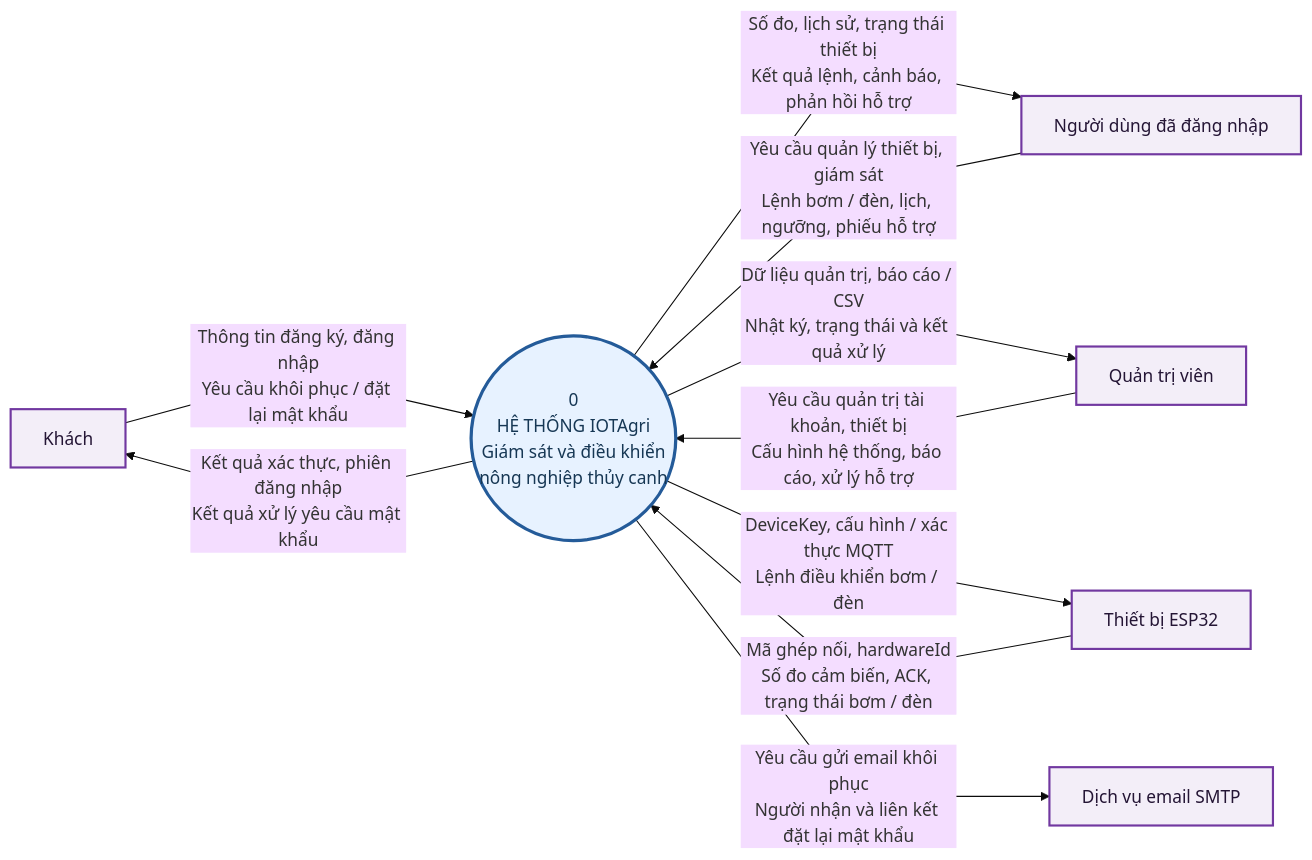
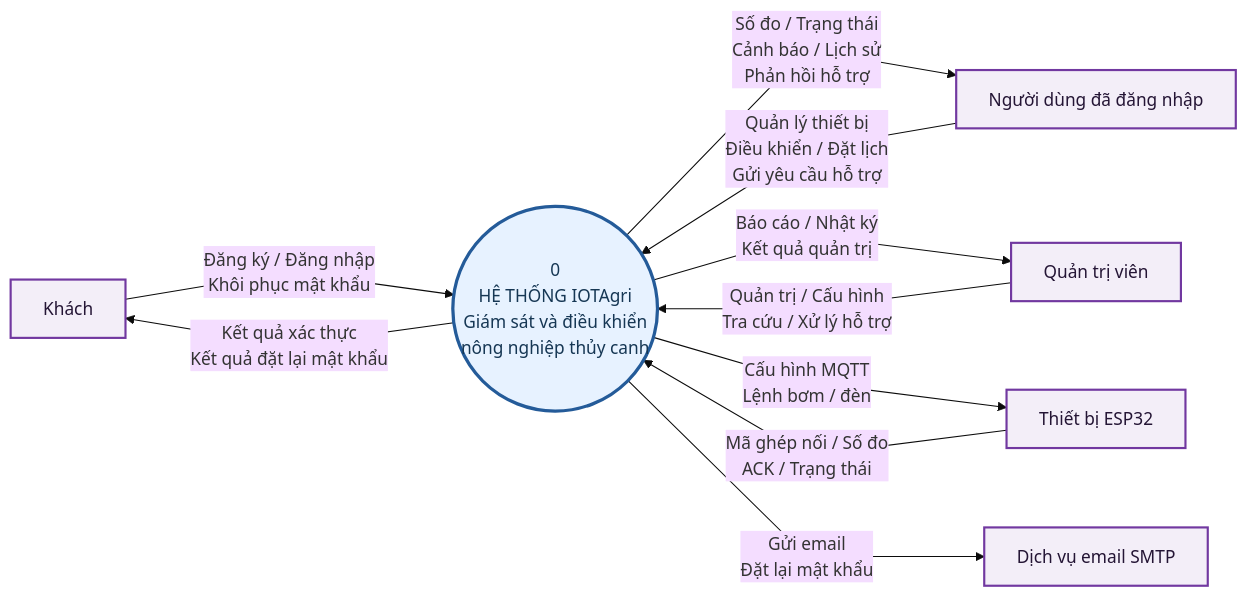
One commit to huuanh1411/IOTAgri changed the diagram in docs/diagrams/system-context.mmd. Above: the diagram before and after it, drawn with Mermaid. The commit also changed 4 other files, not shown here.

Commit message:
docs: arrange context entities radially with concise flow labels

```diff
--- a/docs/diagrams/system-context.mmd
+++ b/docs/diagrams/system-context.mmd
@@ -1,31 +1,31 @@
 ---
 config:
   theme: base
   flowchart:
     curve: linear
     htmlLabels: true
     nodeSpacing: 65
     rankSpacing: 120
 ---
 flowchart LR
     Guest["Khách"]
     User["Người dùng đã đăng nhập"]
     System(("0<br/>HỆ THỐNG IOTAgri<br/>Giám sát và điều khiển<br/>nông nghiệp thủy canh"))
     Admin["Quản trị viên"]
     ESP["Thiết bị ESP32"]
     SMTP["Dịch vụ email SMTP"]
 
-    Guest -->|"Thông tin đăng ký, đăng nhập<br/>Yêu cầu khôi phục / đặt lại mật khẩu"| System
-    System -->|"Kết quả xác thực, phiên đăng nhập<br/>Kết quả xử lý yêu cầu mật khẩu"| Guest
-    User -->|"Yêu cầu quản lý thiết bị, giám sát<br/>Lệnh bơm / đèn, lịch, ngưỡng, phiếu hỗ trợ"| System
-    System -->|"Số đo, lịch sử, trạng thái thiết bị<br/>Kết quả lệnh, cảnh báo, phản hồi hỗ trợ"| User
-    Admin -->|"Yêu cầu quản trị tài khoản, thiết bị<br/>Cấu hình hệ thống, báo cáo, xử lý hỗ trợ"| System
-    System -->|"Dữ liệu quản trị, báo cáo / CSV<br/>Nhật ký, trạng thái và kết quả xử lý"| Admin
-    ESP -->|"Mã ghép nối, hardwareId<br/>Số đo cảm biến, ACK, trạng thái bơm / đèn"| System
-    System -->|"DeviceKey, cấu hình / xác thực MQTT<br/>Lệnh điều khiển bơm / đèn"| ESP
-    System -->|"Yêu cầu gửi email khôi phục<br/>Người nhận và liên kết đặt lại mật khẩu"| SMTP
+    Guest -->|"Đăng ký / Đăng nhập<br/>Khôi phục mật khẩu"| System
+    System -->|"Kết quả xác thực<br/>Kết quả đặt lại mật khẩu"| Guest
+    User -->|"Quản lý thiết bị<br/>Điều khiển / Đặt lịch<br/>Gửi yêu cầu hỗ trợ"| System
+    System -->|"Số đo / Trạng thái<br/>Cảnh báo / Lịch sử<br/>Phản hồi hỗ trợ"| User
+    Admin -->|"Quản trị / Cấu hình<br/>Tra cứu / Xử lý hỗ trợ"| System
+    System -->|"Báo cáo / Nhật ký<br/>Kết quả quản trị"| Admin
+    ESP -->|"Mã ghép nối / Số đo<br/>ACK / Trạng thái"| System
+    System -->|"Cấu hình MQTT<br/>Lệnh bơm / đèn"| ESP
+    System -->|"Gửi email<br/>Đặt lại mật khẩu"| SMTP
 
     classDef external fill:#f3eef8,stroke:#7138a0,stroke-width:2px,color:#241535;
     classDef system fill:#e7f2ff,stroke:#245b99,stroke-width:3px,color:#163754;
     class Guest,User,Admin,ESP,SMTP external;
     class System system;
```
